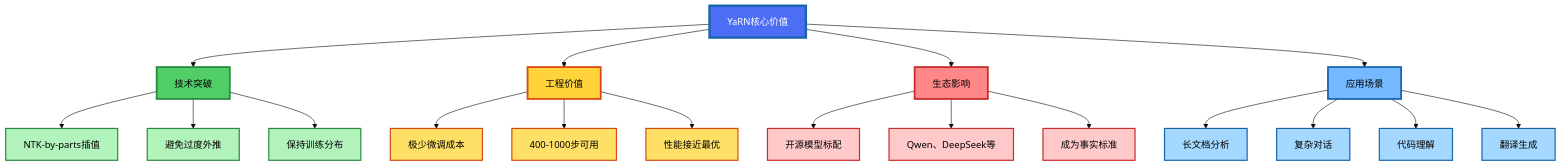
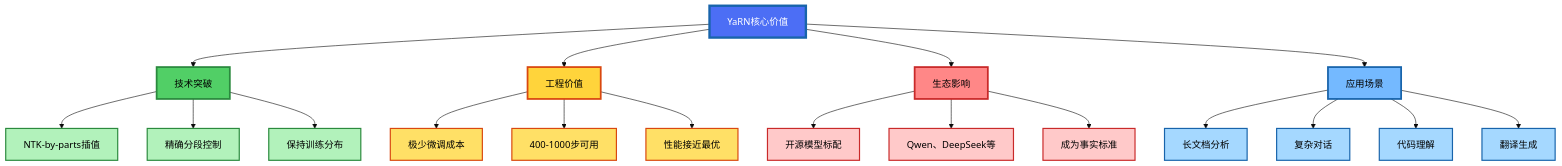
The ninth of 9 diagrams in _posts/2026-02-05-yarn-context-extension.md (is-Aaron/is-Aaron.github.io), drawn with Mermaid (base theme) before and after one commit. The commit also changed other lines of this file and 15 other files, not shown here.

````diff
--- a/_posts/2026-02-05-yarn-context-extension.md
+++ b/_posts/2026-02-05-yarn-context-extension.md
@@ -592,45 +620,45 @@
 ```mermaid
 graph TB
     ROOT["YaRN核心价值"]
     
     ROOT --> A["技术突破"]
     ROOT --> B["工程价值"]
     ROOT --> C["生态影响"]
     ROOT --> D["应用场景"]
     
     A --> A1["NTK-by-parts插值"]
-    A --> A2["避免过度外推"]
+    A --> A2["精确分段控制"]
     A --> A3["保持训练分布"]
     
     B --> B1["极少微调成本"]
     B --> B2["400-1000步可用"]
     B --> B3["性能接近最优"]
     
     C --> C1["开源模型标配"]
     C --> C2["Qwen、DeepSeek等"]
     C --> C3["成为事实标准"]
     
     D --> D1["长文档分析"]
     D --> D2["复杂对话"]
     D --> D3["代码理解"]
     D --> D4["翻译生成"]
     
     style ROOT fill:#4c6ef5,stroke:#1864ab,stroke-width:4px,color:#fff
     style A fill:#51cf66,stroke:#2b8a3e,stroke-width:3px,color:#000
     style B fill:#ffd43b,stroke:#d9480f,stroke-width:3px,color:#000
     style C fill:#ff8787,stroke:#c92a2a,stroke-width:3px,color:#000
     style D fill:#74b9ff,stroke:#1864ab,stroke-width:3px,color:#000
     style A1 fill:#b2f2bb,stroke:#2b8a3e,stroke-width:2px,color:#000
     style A2 fill:#b2f2bb,stroke:#2b8a3e,stroke-width:2px,color:#000
     style A3 fill:#b2f2bb,stroke:#2b8a3e,stroke-width:2px,color:#000
     style B1 fill:#ffe066,stroke:#d9480f,stroke-width:2px,color:#000
     style B2 fill:#ffe066,stroke:#d9480f,stroke-width:2px,color:#000
     style B3 fill:#ffe066,stroke:#d9480f,stroke-width:2px,color:#000
     style C1 fill:#ffc9c9,stroke:#c92a2a,stroke-width:2px,color:#000
     style C2 fill:#ffc9c9,stroke:#c92a2a,stroke-width:2px,color:#000
     style C3 fill:#ffc9c9,stroke:#c92a2a,stroke-width:2px,color:#000
     style D1 fill:#a5d8ff,stroke:#1864ab,stroke-width:2px,color:#000
     style D2 fill:#a5d8ff,stroke:#1864ab,stroke-width:2px,color:#000
     style D3 fill:#a5d8ff,stroke:#1864ab,stroke-width:2px,color:#000
     style D4 fill:#a5d8ff,stroke:#1864ab,stroke-width:2px,color:#000
 ```
````
